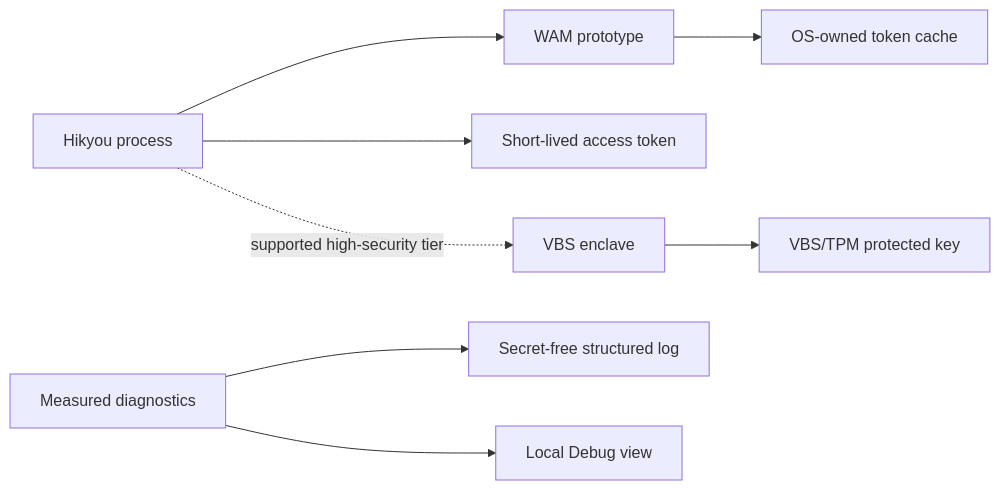
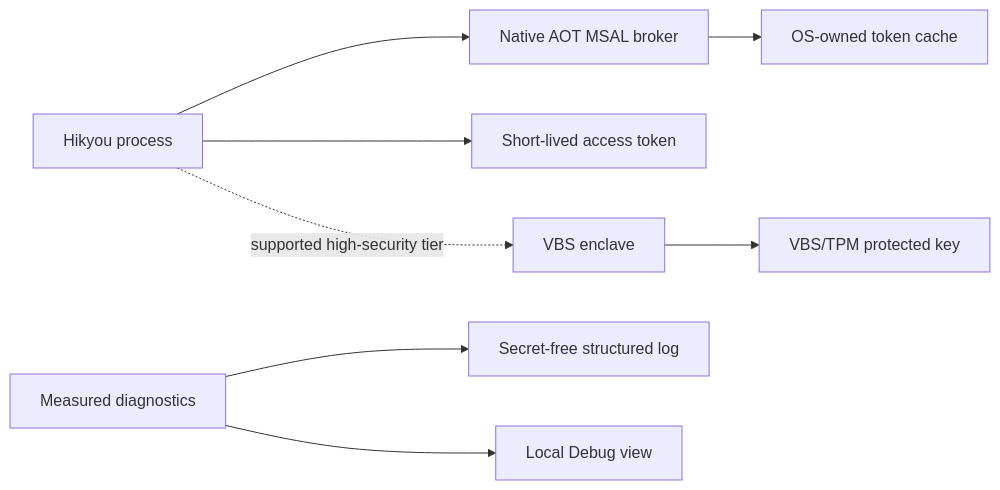
Before and after one commit to HikyouSMP/hikyou-launcher: the diagram in docs/security/windows-credential-hardening/after.mmd, drawn with Mermaid. The commit also changed other lines of this file and 31 other files, not shown here.

```diff
--- a/docs/security/windows-credential-hardening/after.mmd
+++ b/docs/security/windows-credential-hardening/after.mmd
@@ -1,8 +1,8 @@
 flowchart LR
-  Launcher[Hikyou process] --> Broker[WAM prototype]
+  Launcher[Hikyou process] --> Broker[Native AOT MSAL broker]
   Broker --> OSCache[OS-owned token cache]
   Launcher --> Short[Short-lived access token]
   Launcher -. supported high-security tier .-> Enclave[VBS enclave]
   Enclave --> CNG[VBS/TPM protected key]
   Diagnostics[Measured diagnostics] --> Log[Secret-free structured log]
   Diagnostics --> Debug[Local Debug view]
```
